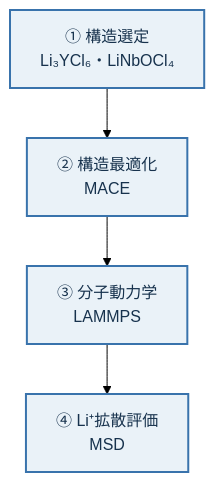
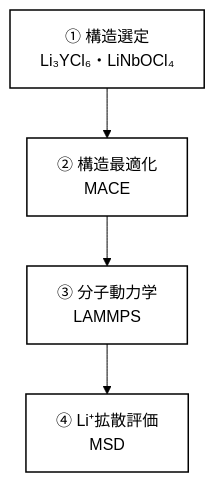
Before and after one commit to Long-Brian-Yang/li-research: the diagram in docs/presentations/direction2_development_plan_ja.md, drawn with Mermaid (forest theme).

Commit message:
Use simple monochrome flowchart style

````diff
--- a/docs/presentations/direction2_development_plan_ja.md
+++ b/docs/presentations/direction2_development_plan_ja.md
@@ -7,10 +7,10 @@
 ```mermaid
 flowchart TD
     A["① 構造選定<br/>Li₃YCl₆・LiNbOCl₄"]
     --> B["② 構造最適化<br/>MACE"]
     --> C["③ 分子動力学<br/>LAMMPS"]
     --> D["④ Li⁺拡散評価<br/>MSD"]
 
-    classDef step fill:#EAF2F8,stroke:#3973AC,stroke-width:2px,color:#17324D;
+    classDef step fill:#FFFFFF,stroke:#000000,stroke-width:1.5px,color:#000000;
     class A,B,C,D step;
 ```
````
